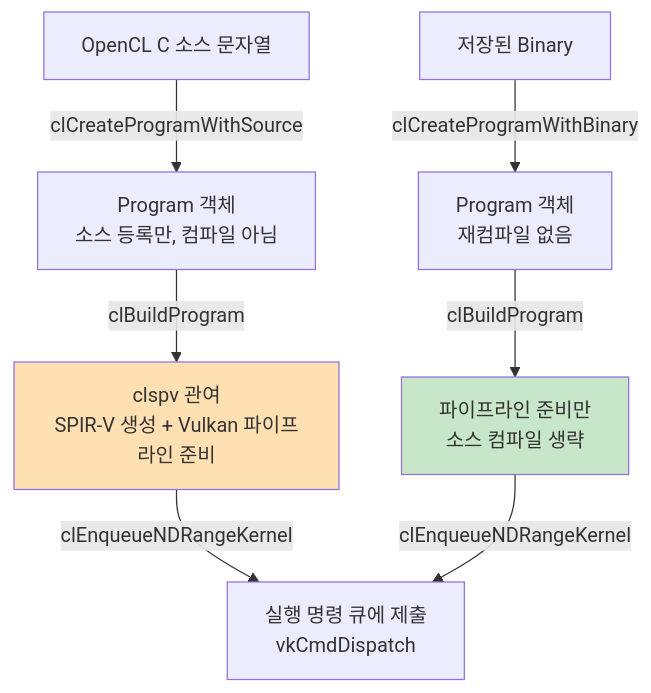
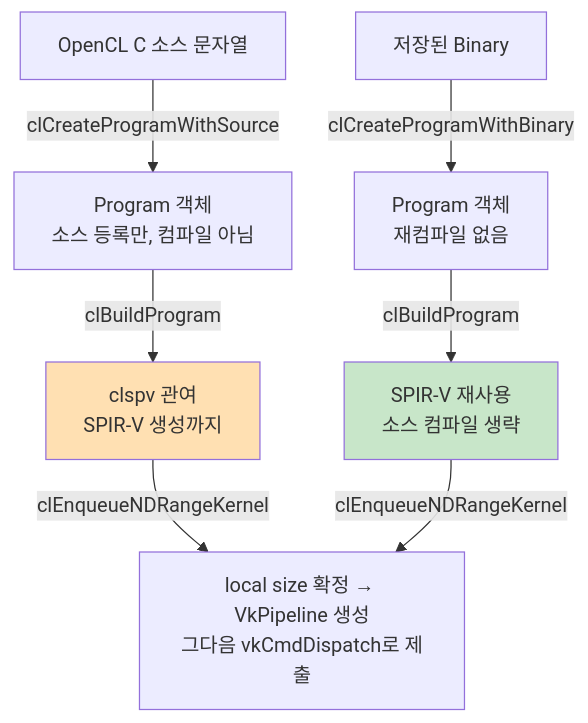
Before and after one commit to jayinlab/jayinlab.github.io: the diagram in content/posts/2026-04-13-opencl-note-build-cache.md, drawn with Mermaid. The commit also changed 12 other files, not shown here.

````diff
--- a/content/posts/2026-04-13-opencl-note-build-cache.md
+++ b/content/posts/2026-04-13-opencl-note-build-cache.md
@@ -20,13 +20,13 @@
 ```mermaid
 flowchart TD
     A[OpenCL C 소스 문자열] -->|clCreateProgramWithSource| B[Program 객체\n소스 등록만, 컴파일 아님]
-    B -->|clBuildProgram| C[clspv 관여\nSPIR-V 생성 + Vulkan 파이프라인 준비]
-    C -->|clEnqueueNDRangeKernel| D[실행 명령 큐에 제출\nvkCmdDispatch]
+    B -->|clBuildProgram| C[clspv 관여\nSPIR-V 생성까지]
+    C -->|clEnqueueNDRangeKernel| D[local size 확정 → VkPipeline 생성\n그다음 vkCmdDispatch로 제출]
 
     E[저장된 Binary] -->|clCreateProgramWithBinary| F[Program 객체\n재컴파일 없음]
-    F -->|clBuildProgram| G[파이프라인 준비만\n소스 컴파일 생략]
+    F -->|clBuildProgram| G[SPIR-V 재사용\n소스 컴파일 생략]
     G -->|clEnqueueNDRangeKernel| D
 
     style C fill:#ffe0b2
     style G fill:#c8e6c9
 ```
````
